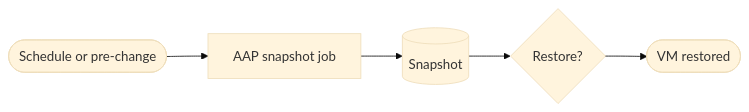
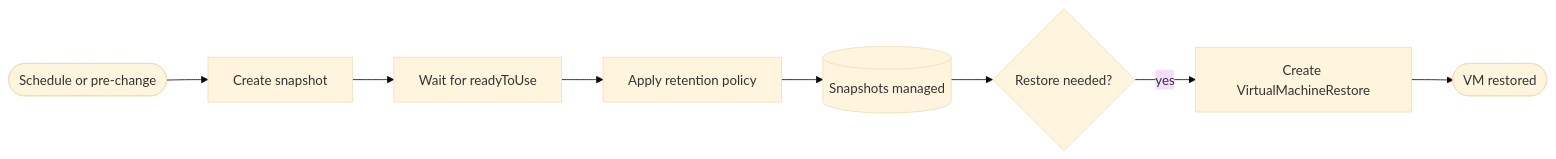
One commit to ansible-tmm/solution-guides changed the first of 2 diagrams in README-Virtualization-Use-Case-06-Snapshot-and-Backup.md. Above: the diagram before and after it, drawn with Mermaid (base theme). The commit also changed other lines of this file and 9 other files, not shown here.

````diff
--- a/README-Virtualization-Use-Case-06-Snapshot-and-Backup.md
+++ b/README-Virtualization-Use-Case-06-Snapshot-and-Backup.md
@@ -49,7 +61,10 @@
 ```mermaid
 graph LR
-  Trigger([Schedule or pre-change]) --> Snap[AAP snapshot job]
-  Snap --> Store[(Snapshot)]
-  Store --> Restore{Restore?}
-  Restore --> VM([VM restored])
+  Trigger([Schedule or pre-change]) --> Snap[Create snapshot]
+  Snap --> Wait[Wait for readyToUse]
+  Wait --> Retain[Apply retention policy]
+  Retain --> Store[(Snapshots managed)]
+  Store --> Restore{Restore needed?}
+  Restore -->|yes| Apply[Create VirtualMachineRestore]
+  Apply --> VM([VM restored])
 ```
````
